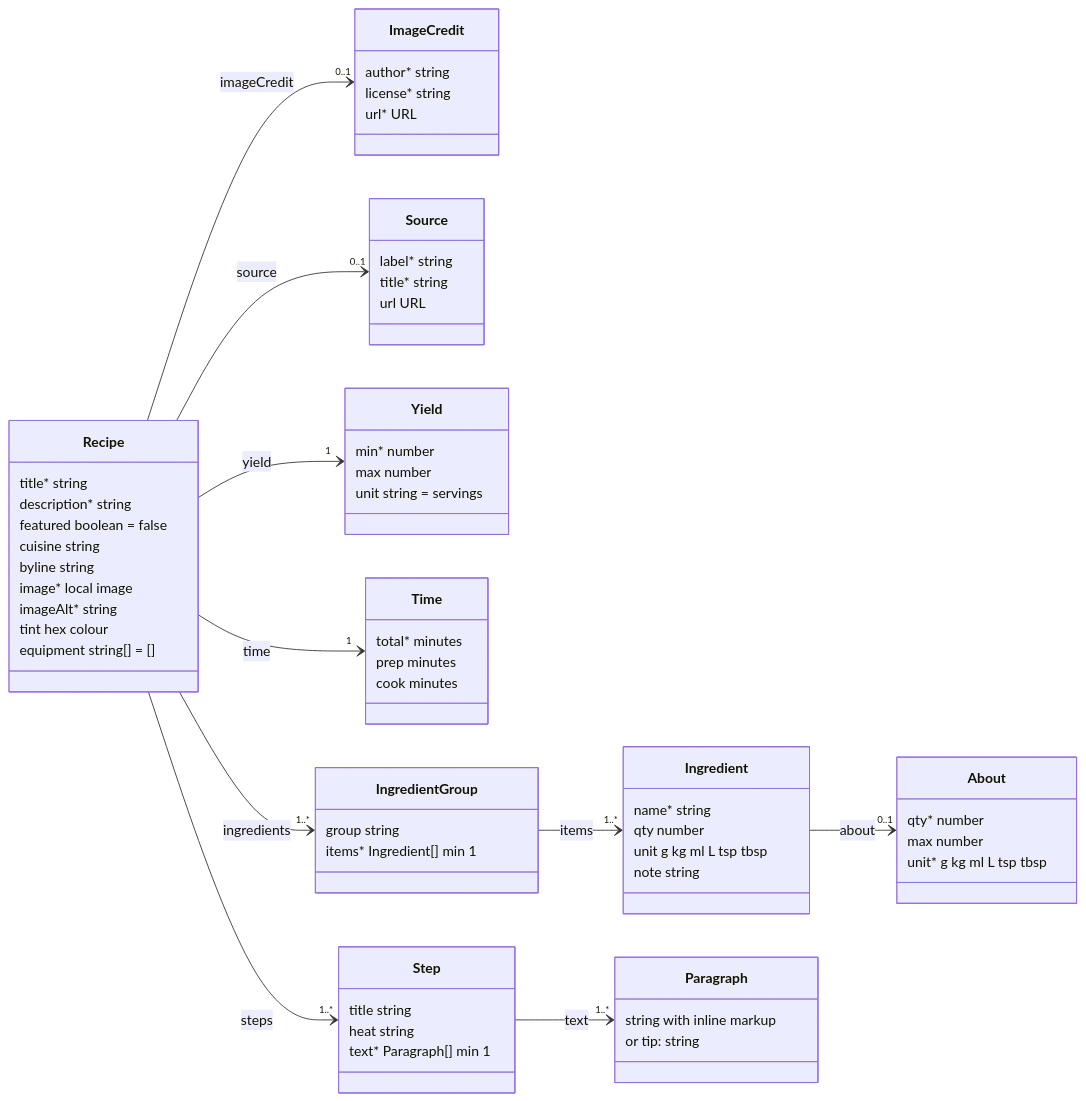
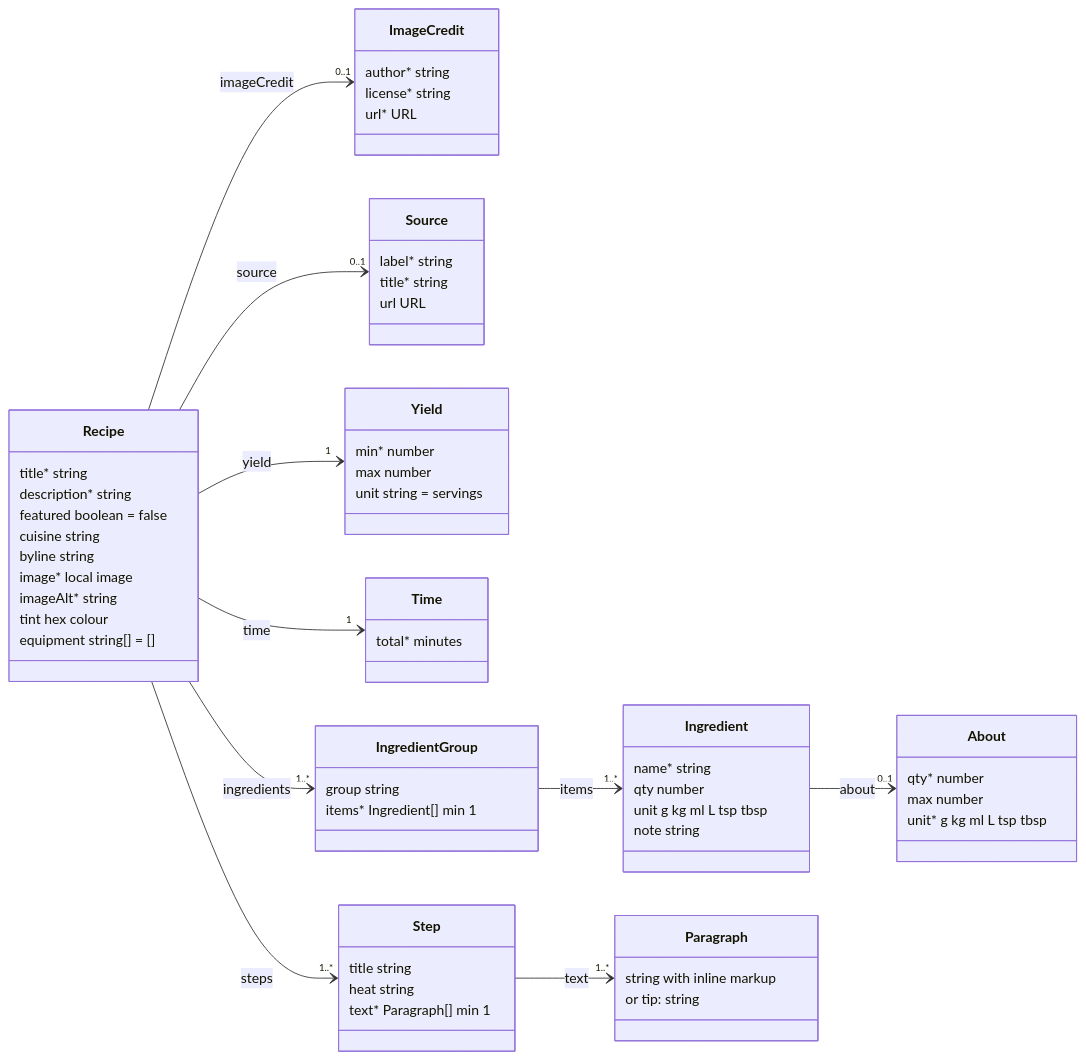
The second of 3 diagrams in docs/recipe-model.md (pschonfeld/soowee), drawn with Mermaid before and after one commit. The commit also changed other lines of this file and 14 other files, not shown here.

````diff
--- a/docs/recipe-model.md
+++ b/docs/recipe-model.md
@@ -46,68 +46,66 @@
 ```mermaid
 classDiagram
   direction LR
   class Recipe {
     title* string
     description* string
     featured boolean = false
     cuisine string
     byline string
     image* local image
     imageAlt* string
     tint hex colour
     equipment string[] = []
   }
   class ImageCredit {
     author* string
     license* string
     url* URL
   }
   class Source {
     label* string
     title* string
     url URL
   }
   class Yield {
     min* number
     max number
     unit string = servings
   }
   class Time {
     total* minutes
-    prep minutes
-    cook minutes
   }
   class IngredientGroup {
     group string
     items* Ingredient[] min 1
   }
   class Ingredient {
     name* string
     qty number
     unit g kg ml L tsp tbsp
     note string
   }
   class About {
     qty* number
     max number
     unit* g kg ml L tsp tbsp
   }
   class Step {
     title string
     heat string
     text* Paragraph[] min 1
   }
   class Paragraph {
     string with inline markup
     or tip: string
   }
   Recipe --> "0..1" ImageCredit : imageCredit
   Recipe --> "0..1" Source : source
   Recipe --> "1" Yield : yield
   Recipe --> "1" Time : time
   Recipe --> "1..*" IngredientGroup : ingredients
   IngredientGroup --> "1..*" Ingredient : items
   Ingredient --> "0..1" About : about
   Recipe --> "1..*" Step : steps
   Step --> "1..*" Paragraph : text
 ```
````
